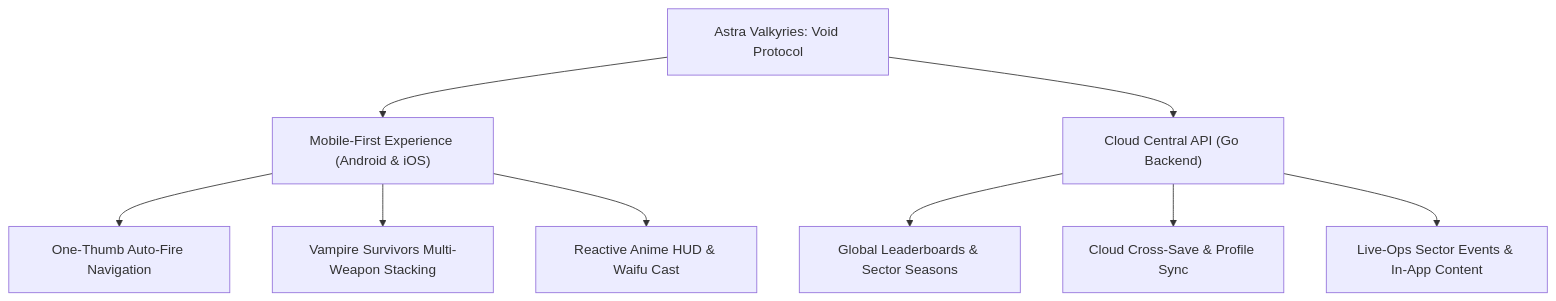
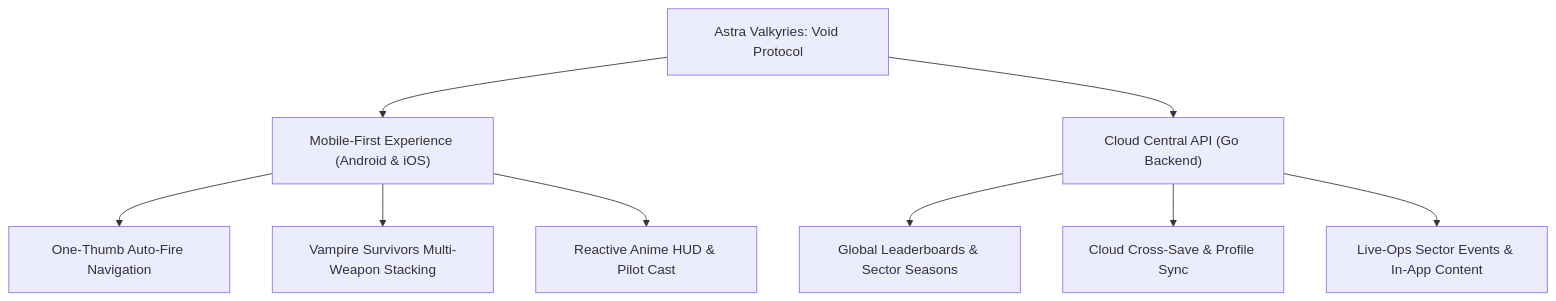
One commit to momarinho/astra-valkyries changed the diagram in docs/MOBILE_STRATEGY_AND_PROGRESSION.md. Above: the diagram before and after it, drawn with Mermaid. The commit also changed other lines of this file and 52 other files, not shown here.

Commit message:
refactor: sanitize project for open-source showcase, replace ecchi with tactical dossiers & enhance Zero-GC architecture

````diff
--- a/docs/MOBILE_STRATEGY_AND_PROGRESSION.md
+++ b/docs/MOBILE_STRATEGY_AND_PROGRESSION.md
@@ -10,13 +10,13 @@
 ```mermaid
 flowchart TD
     A["Astra Valkyries: Void Protocol"] --> B["Mobile-First Experience (Android & iOS)"]
     A --> C["Cloud Central API (Go Backend)"]
     
     B --> B1["One-Thumb Auto-Fire Navigation"]
     B --> B2["Vampire Survivors Multi-Weapon Stacking"]
-    B --> B3["Reactive Anime HUD & Waifu Cast"]
+    B --> B3["Reactive Anime HUD & Pilot Cast"]
     
     C --> C1["Global Leaderboards & Sector Seasons"]
     C --> C2["Cloud Cross-Save & Profile Sync"]
     C --> C3["Live-Ops Sector Events & In-App Content"]
 ```
````
